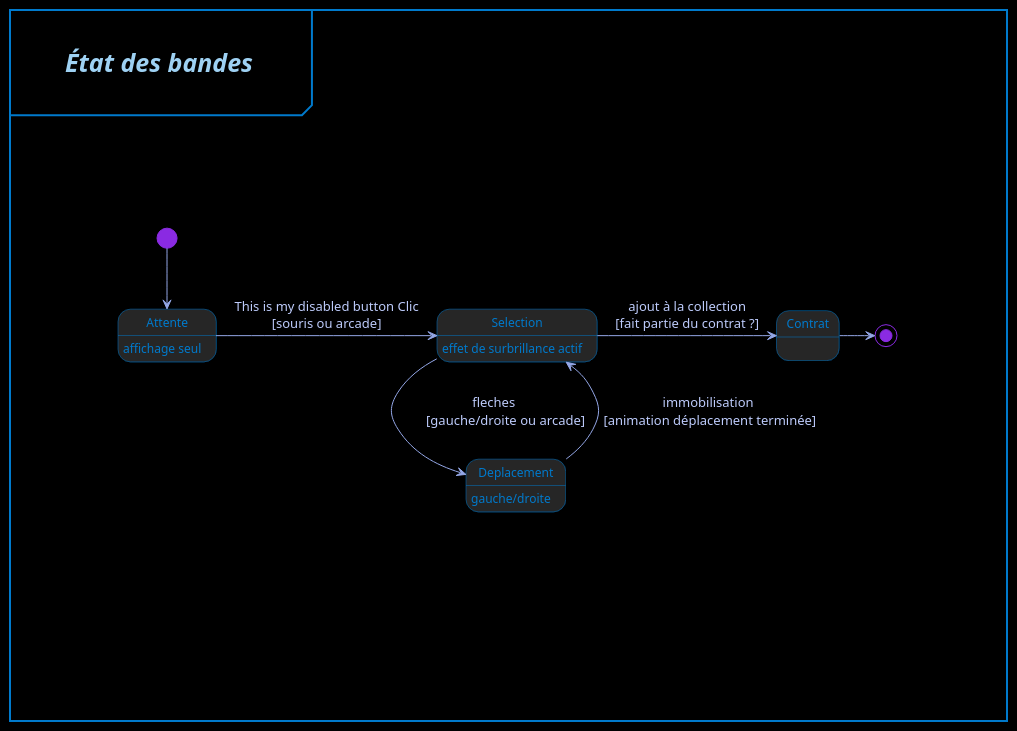
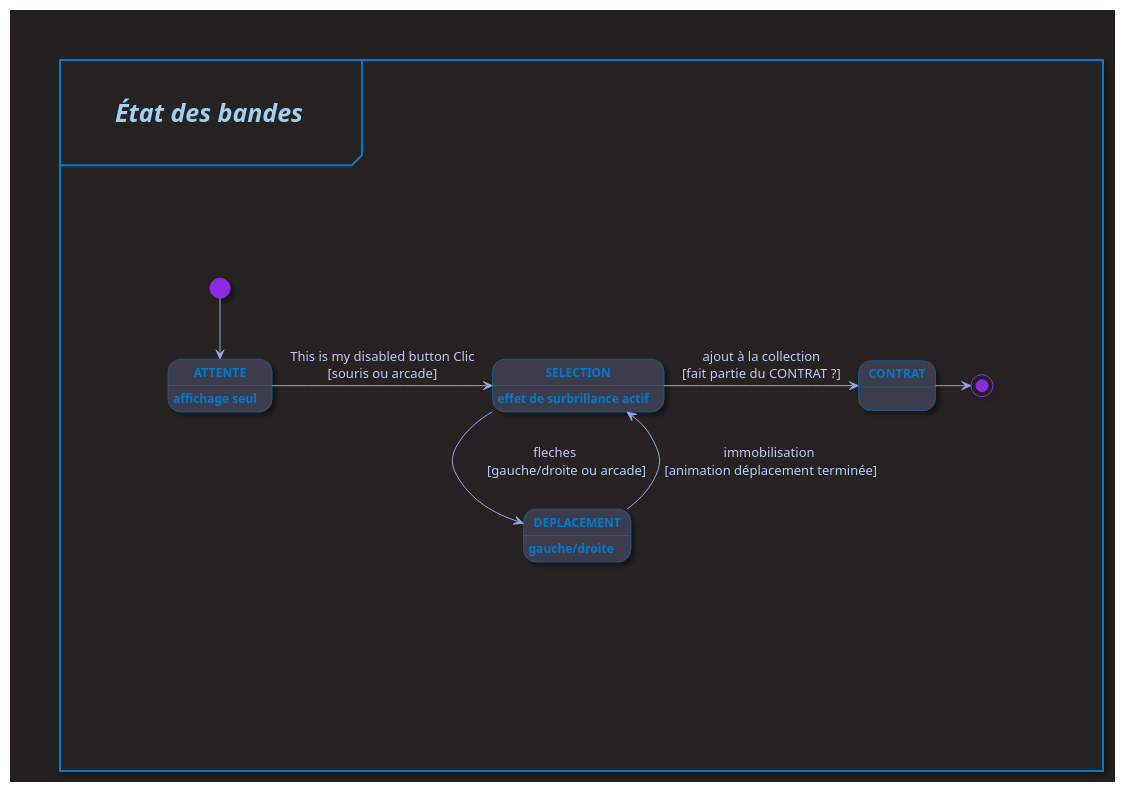
The diagram in docs/uml/puml/BandesStateDiagram.puml (MaiveCL/Projet_session_JV), drawn with PlantUML before and after one commit.

Commit message:
test plant uml automatisation pour la 100e fois

```diff
--- a/docs/uml/puml/BandesStateDiagram.puml
+++ b/docs/uml/puml/BandesStateDiagram.puml
@@ -1,44 +1,45 @@
 @startuml "État des bandes"
 ' Définir le style global
 skinparam {
-    backgroundColor #000000ff
+    backgroundColor #252020ff
     shadowing true
     FontName "Consolas"
     ArrowColor #94a7e7ff
     ArrowFontColor #bdcbfbff
     StartColor #007acc
     EndColor #bdcbfb
 }
 ' Style pour les states
 skinparam state {
-    BackgroundColor #252526
+    BackgroundColor #3e3e4eff
     fontColor #007acc
     BorderColor #007acc
     FontName "Consolas"
     FontSize 12
+    FontStyle bold
 }
 <style>
 mainframe {
   LineColor #007acc
   LineThickness 2.0
   FontColor #9ed1f3ff
   FontSize 25
   FontStyle italic
   Margin 50
   Padding 100
 }
 </style>
 mainframe \n\t**État des bandes**\t\n
 
-    state Attente : affichage seul
-    state Selection : effet de surbrillance actif
-    state Deplacement : gauche/droite
-    state Contrat
+    state ATTENTE : affichage seul
+    state SELECTION : effet de surbrillance actif
+    state DEPLACEMENT : gauche/droite
+    state CONTRAT
 
-    [*] #BlueViolet --> Attente
-    Attente -> Selection : This is my disabled button Clic\n[souris ou arcade]
-    Selection -> Deplacement : fleches\n\t[gauche/droite ou arcade]\t
-    Deplacement --> Selection :immobilisation\n [animation déplacement terminée]
-    Selection -> Contrat :ajout à la collection\n[fait partie du contrat ?]
-    Contrat -> [*] #BlueViolet
+    [*] #BlueViolet --> ATTENTE
+    ATTENTE -> SELECTION : This is my disabled button Clic\n[souris ou arcade]
+    SELECTION -> DEPLACEMENT : fleches\n\t[gauche/droite ou arcade]\t
+    DEPLACEMENT --> SELECTION :immobilisation\n [animation déplacement terminée]
+    SELECTION -> CONTRAT :ajout à la collection\n[fait partie du CONTRAT ?]
+    CONTRAT -> [*] #BlueViolet
 @enduml
```
